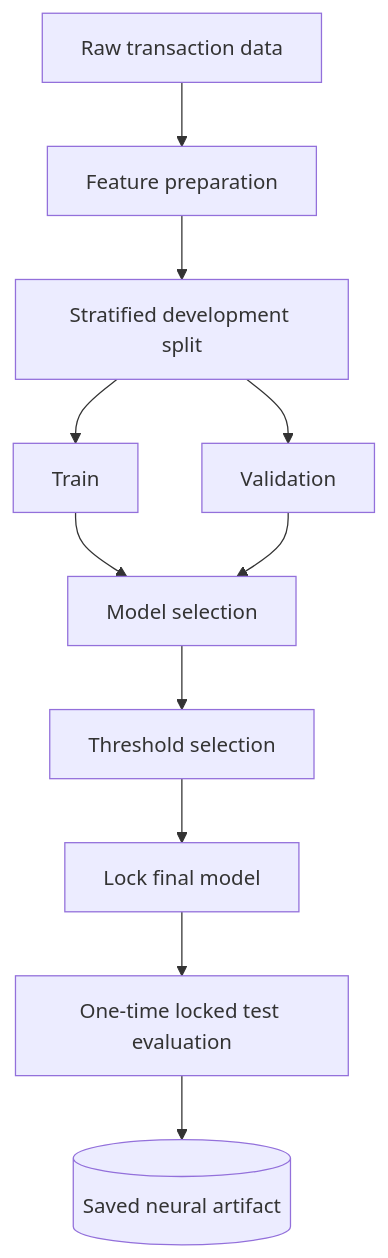
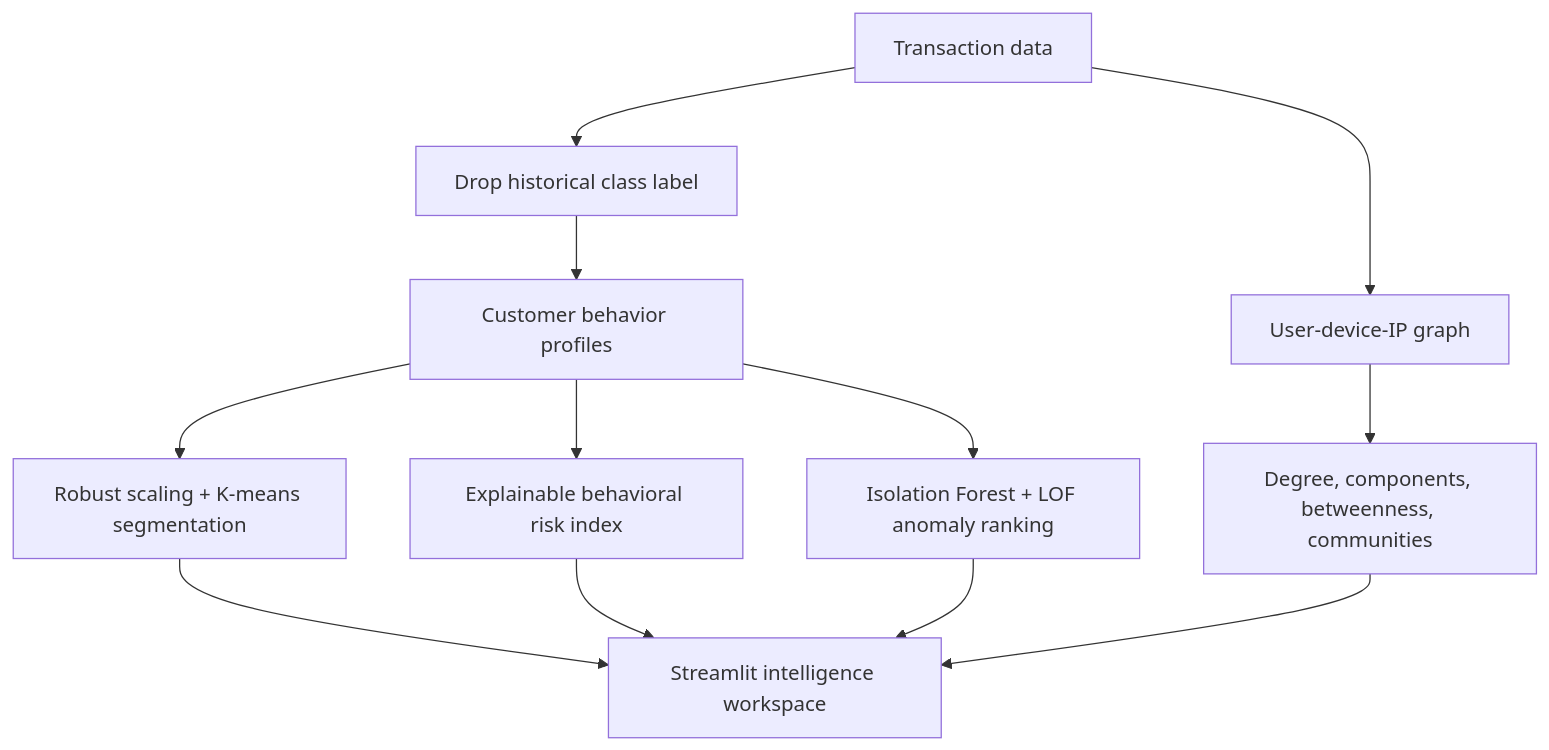
Before and after one commit to Harshithpatali/Graph-anomaly-supervised-neural-prediction: the diagram in README.md, drawn with Mermaid. The commit also changed other lines of this file, not shown here.

Commit message:
docs: document customer intelligence dashboard

````diff
--- a/README.md
+++ b/README.md
@@ -242,13 +22,14 @@
 ```mermaid
 flowchart TD
-    A[Raw transaction data] --> B[Feature preparation]
-    B --> C[Stratified development split]
-    C --> D[Train]
-    C --> E[Validation]
-    D --> F[Model selection]
-    E --> F
-    F --> G[Threshold selection]
-    G --> H[Lock final model]
-    H --> I[One-time locked test evaluation]
-    I --> J[("Saved neural artifact")]
+    A[Transaction data] --> B[Drop historical class label]
+    B --> C[Customer behavior profiles]
+    C --> D[Robust scaling + K-means segmentation]
+    C --> E[Explainable behavioral risk index]
+    C --> F[Isolation Forest + LOF anomaly ranking]
+    A --> G[User-device-IP graph]
+    G --> H[Degree, components, betweenness, communities]
+    D --> I[Streamlit intelligence workspace]
+    E --> I
+    F --> I
+    H --> I
 ```
````
